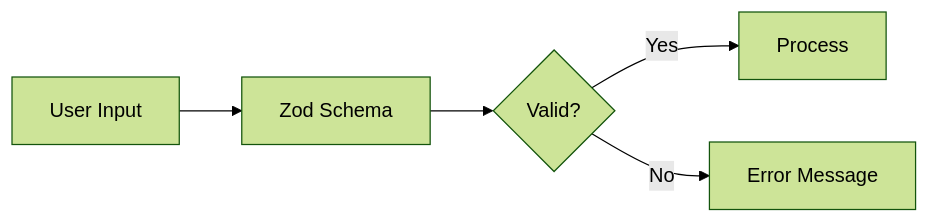
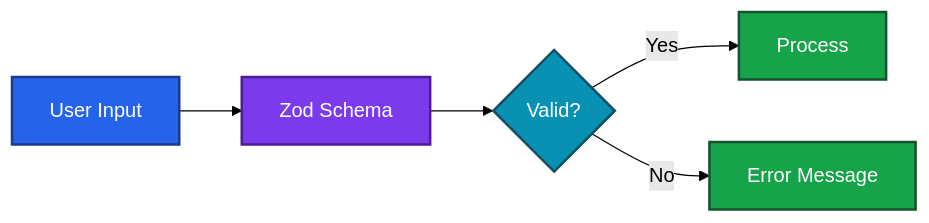
The ninth of 10 diagrams in docs/ARCHITECTURE.md (Adam-Blf/Echo), drawn with Mermaid (forest theme) before and after one commit. The commit also changed other lines of this file and 2 other files, not shown here.

First line of the commit message:
docs: add colors to mermaid diagrams (#9)

````diff
--- a/docs/ARCHITECTURE.md
+++ b/docs/ARCHITECTURE.md
@@ -367,7 +411,16 @@
 ```mermaid
 graph LR
     A[User Input] --> B[Zod Schema]
     B --> C{Valid?}
     C -->|Yes| D[Process]
     C -->|No| E[Error Message]
+
+    classDef c0 fill:#2563eb,stroke:#1e3a8a,stroke-width:2px,color:#ffffff
+    classDef c1 fill:#7c3aed,stroke:#4c1d95,stroke-width:2px,color:#ffffff
+    classDef c2 fill:#0891b2,stroke:#164e63,stroke-width:2px,color:#ffffff
+    classDef c3 fill:#16a34a,stroke:#14532d,stroke-width:2px,color:#ffffff
+    class A c0
+    class B c1
+    class C c2
+    class D,E c3
 ```
````
